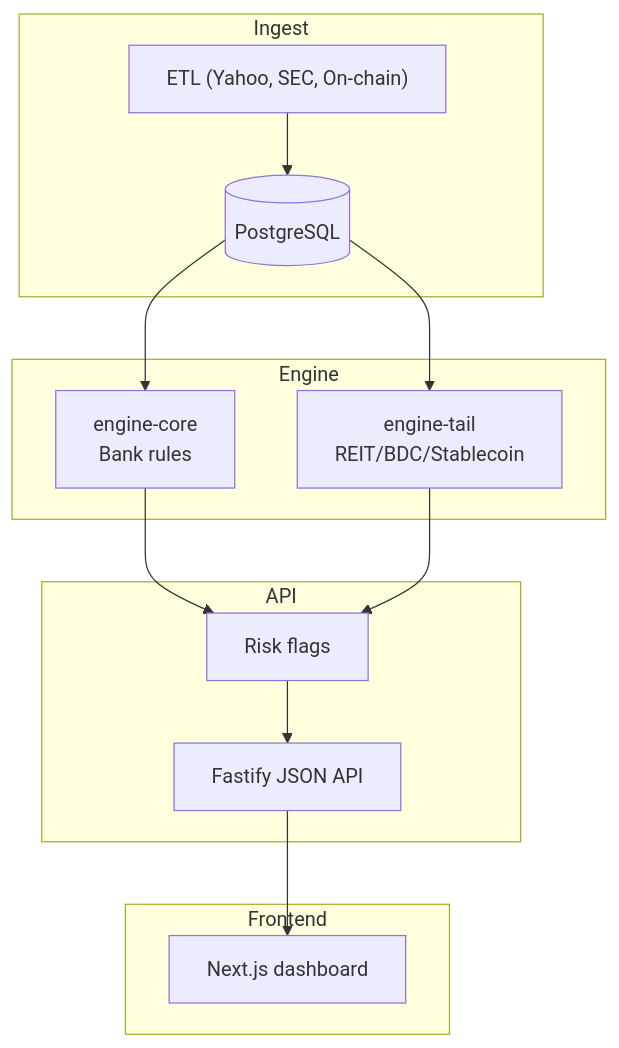
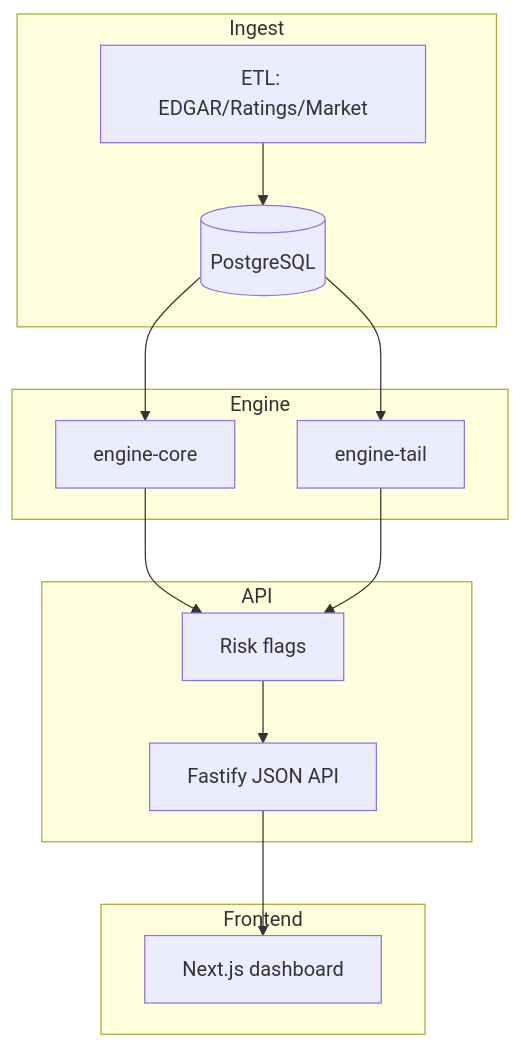
The diagram in README.md (lwensveen/risk-scan), drawn with Mermaid before and after one commit. The commit also changed other lines of this file, not shown here.

````diff
--- a/README.md
+++ b/README.md
@@ -43,22 +45,22 @@
 ```mermaid
 flowchart TD
   subgraph Ingest
-    A["ETL (Yahoo, SEC, On-chain)"] --> B[(PostgreSQL)]
+    A[ETL: EDGAR/Ratings/Market] --> B[(PostgreSQL)]
   end
 
   subgraph Engine
-    B --> C["engine-core<br/>Bank rules"]
-    B --> D["engine-tail<br/>REIT/BDC/Stablecoin"]
+    B --> C[engine-core]
+    B --> D[engine-tail]
   end
 
-  C --> E["Risk flags"]
+  C --> E[Risk flags]
   D --> E
 
   subgraph API
-    E --> F["Fastify JSON API"]
+    E --> F[Fastify JSON API]
   end
 
   subgraph Frontend
-    F --> G["Next.js dashboard"]
+    F --> G[Next.js dashboard]
   end
 ```
````
